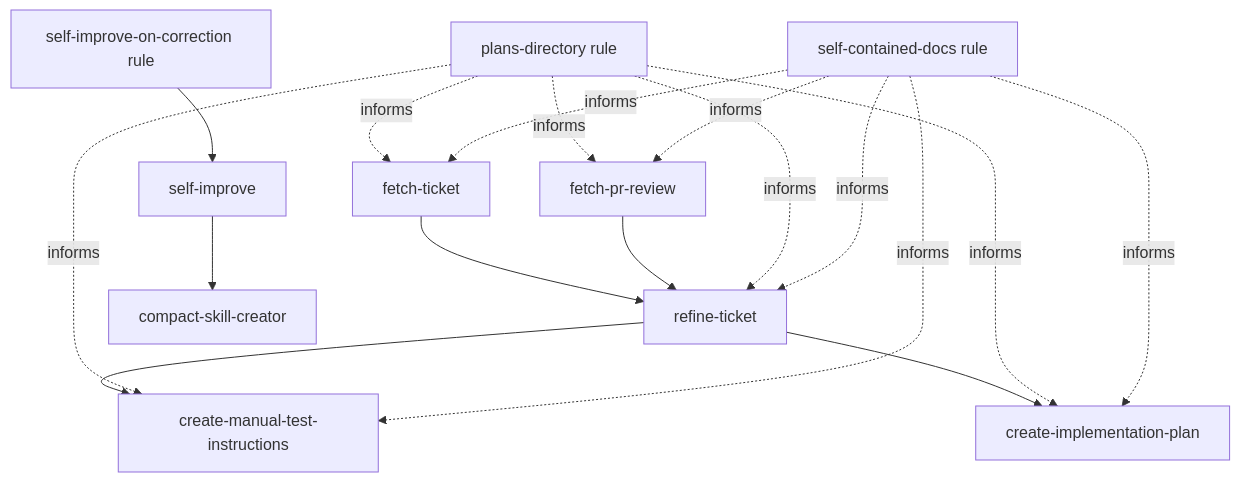
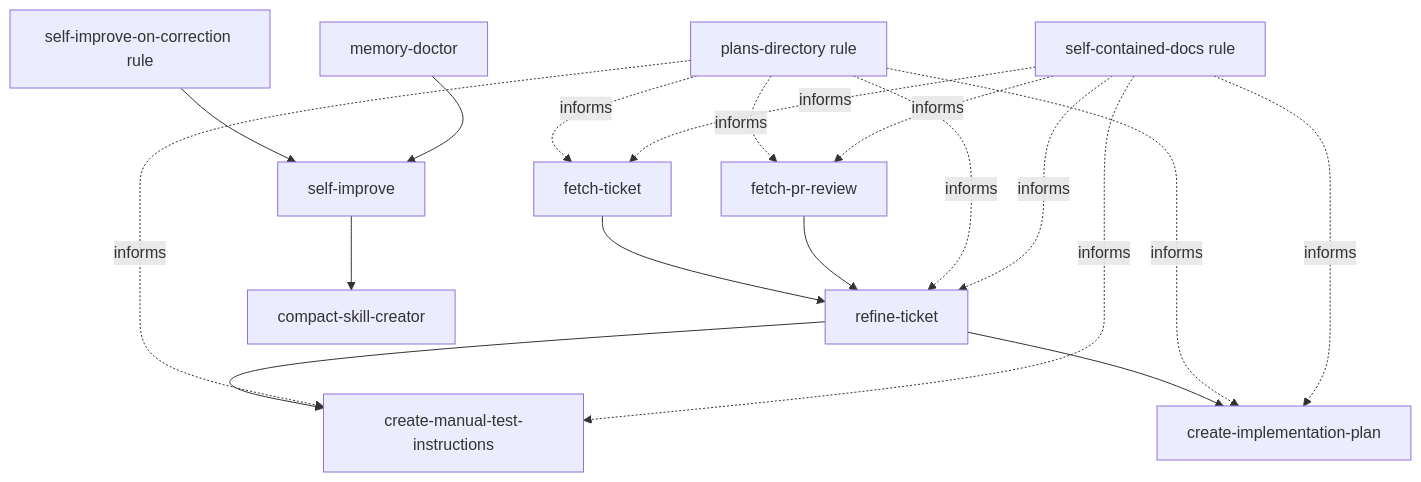
One commit to eai-org/agent-toolkit changed the diagram in README.md. Above: the diagram before and after it, drawn with Mermaid. The commit also changed other lines of this file and 2 other files, not shown here.

Commit message:
feat: memory-doctor skill

````diff
--- a/README.md
+++ b/README.md
@@ -106,22 +107,23 @@
 ```mermaid
 flowchart TD
   fetch_ticket["fetch-ticket"] --> refine["refine-ticket"]
   fetch_pr["fetch-pr-review"] --> refine
   refine --> manual["create-manual-test-instructions"]
   refine --> plan["create-implementation-plan"]
 
   self_rule["self-improve-on-correction rule"] --> self["self-improve"]
   self --> compact["compact-skill-creator"]
+  memory_doctor["memory-doctor"] --> self
 
   plans_rule["plans-directory rule"] -. informs .-> fetch_ticket
   plans_rule -. informs .-> fetch_pr
   plans_rule -. informs .-> refine
   plans_rule -. informs .-> manual
   plans_rule -. informs .-> plan
 
   docs_rule["self-contained-docs rule"] -. informs .-> fetch_ticket
   docs_rule -. informs .-> fetch_pr
   docs_rule -. informs .-> refine
   docs_rule -. informs .-> manual
   docs_rule -. informs .-> plan
 ```
````
